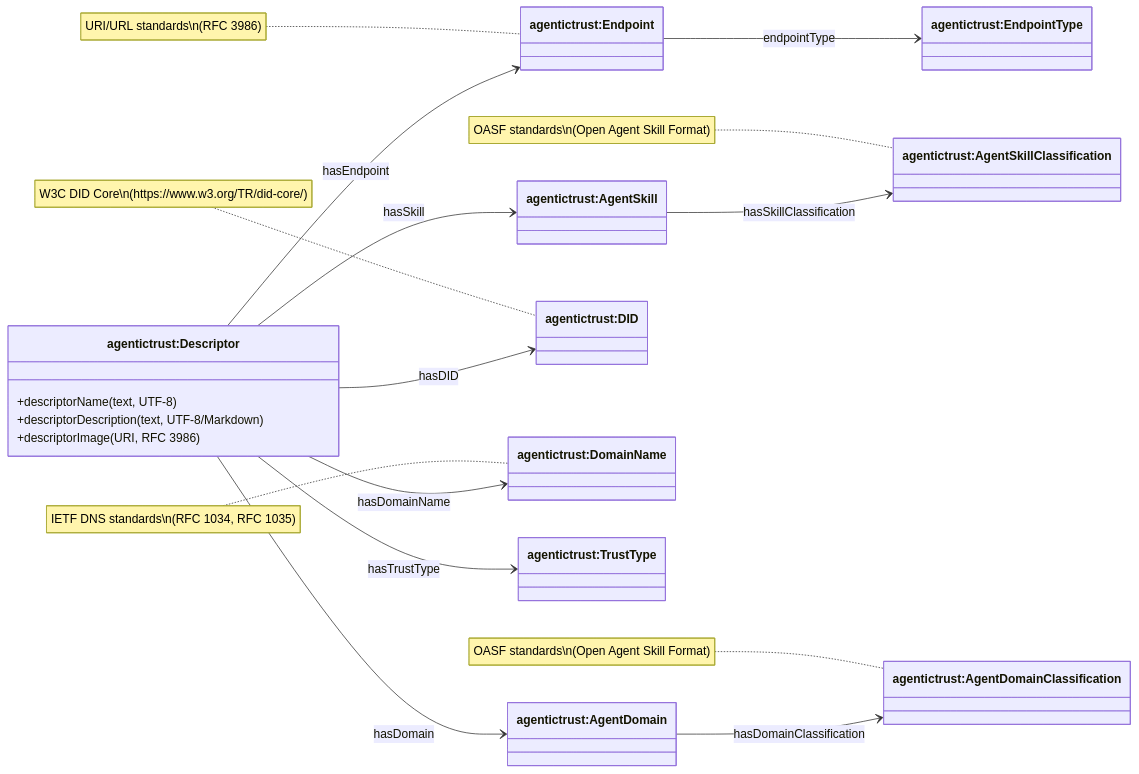
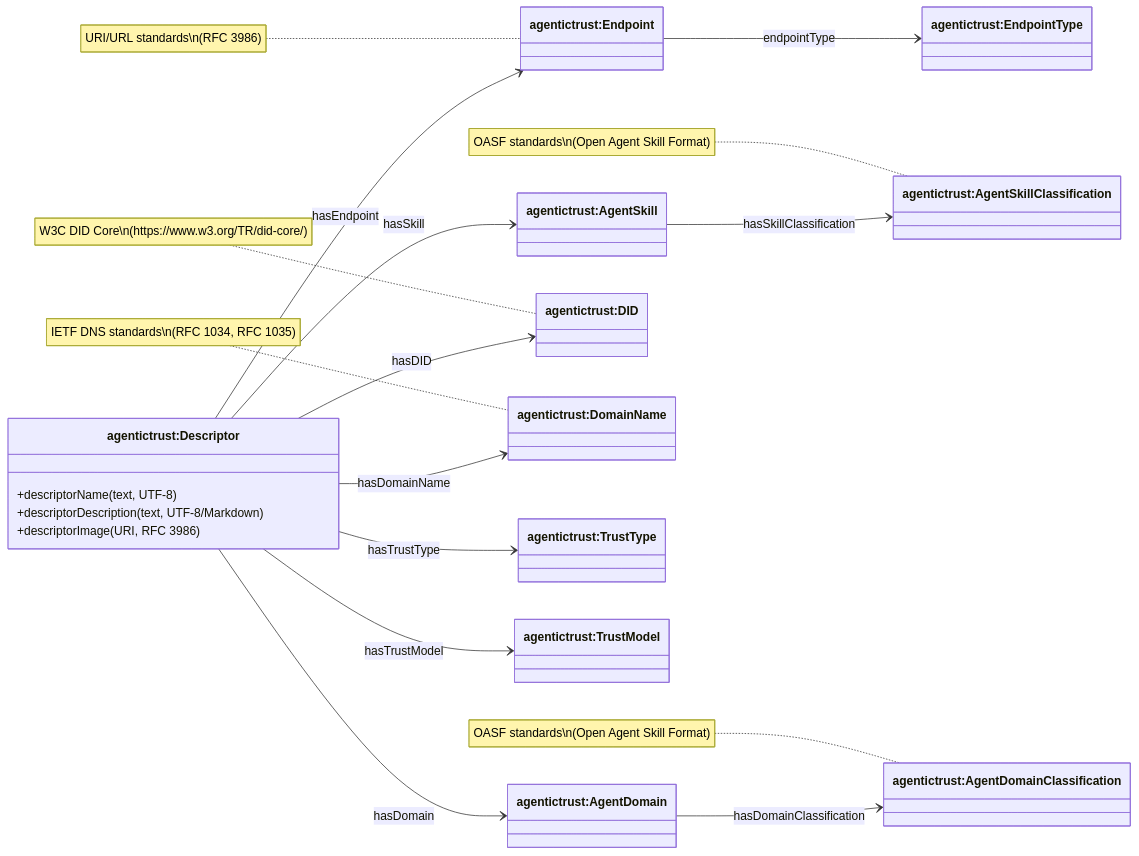
One commit to Agentic-Trust-Layer/agent-explorer changed the second of 4 diagrams in docs/ontology/descriptor.md. Above: the diagram before and after it, drawn with Mermaid. The commit also changed other lines of this file and 13 other files, not shown here.

````diff
--- a/docs/ontology/descriptor.md
+++ b/docs/ontology/descriptor.md
@@ -47,34 +55,36 @@
 ```mermaid
 classDiagram
 direction LR
 
 class Descriptor["agentictrust:Descriptor"]
 class Endpoint["agentictrust:Endpoint"]
 class EndpointType["agentictrust:EndpointType"]
 class AgentSkill["agentictrust:AgentSkill"]
 class AgentSkillClassification["agentictrust:AgentSkillClassification"]
 class AgentDomain["agentictrust:AgentDomain"]
 class AgentDomainClassification["agentictrust:AgentDomainClassification"]
 class DID["agentictrust:DID"]
 class DomainName["agentictrust:DomainName"]
 class TrustType["agentictrust:TrustType"]
+class TrustModel["agentictrust:TrustModel"]
 
 Descriptor --> Endpoint : hasEndpoint
 Endpoint --> EndpointType : endpointType
 Descriptor --> AgentSkill : hasSkill
 AgentSkill --> AgentSkillClassification : hasSkillClassification
 Descriptor --> AgentDomain : hasDomain
 AgentDomain --> AgentDomainClassification : hasDomainClassification
 Descriptor --> DID : hasDID
 Descriptor --> DomainName : hasDomainName
 Descriptor --> TrustType : hasTrustType
+Descriptor --> TrustModel : hasTrustModel
 Descriptor : +descriptorName (text, UTF-8)
 Descriptor : +descriptorDescription (text, UTF-8/Markdown)
 Descriptor : +descriptorImage (URI, RFC 3986)
 
 note for Endpoint "URI/URL standards\n(RFC 3986)"
 note for AgentSkillClassification "OASF standards\n(Open Agent Skill Format)"
 note for AgentDomainClassification "OASF standards\n(Open Agent Skill Format)"
 note for DID "W3C DID Core\n(https://www.w3.org/TR/did-core/)"
 note for DomainName "IETF DNS standards\n(RFC 1034, RFC 1035)"
 ```
````
